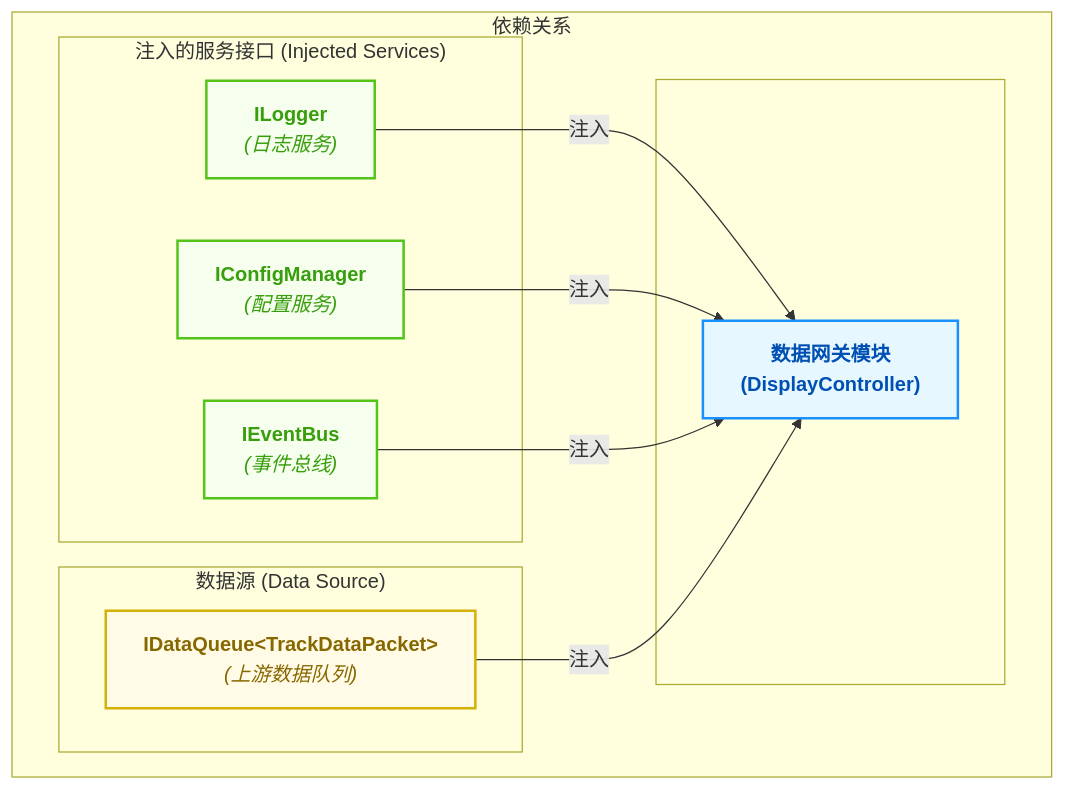
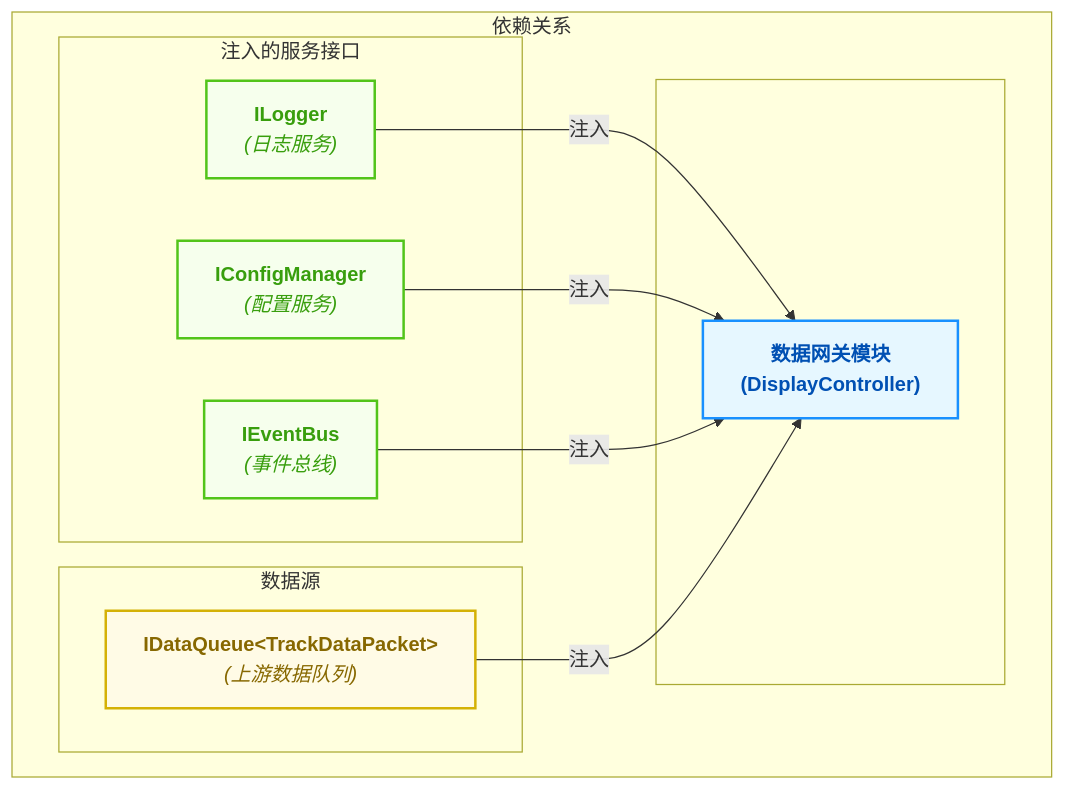
One commit to wendizhou99-cell/Radar changed the fifth of 5 diagrams in docs/01_项目设计/02_模块设计/04_数据网关模块设计.md. Above: the diagram before and after it, drawn with Mermaid. The commit also changed other lines of this file and 8 other files, not shown here.

````diff
--- a/docs/01_项目设计/02_模块设计/04_数据网关模块设计.md
+++ b/docs/01_项目设计/02_模块设计/04_数据网关模块设计.md
@@ -470,33 +471,33 @@
 ```mermaid
 graph TD
     subgraph "依赖关系"
         direction LR
 
-        subgraph "注入的服务接口 (Injected Services)"
+        subgraph "注入的服务接口"
             A["<b>ILogger</b><br/><i>(日志服务)</i>"]
             B["<b>IConfigManager</b><br/><i>(配置服务)</i>"]
             C["<b>IEventBus</b><br/><i>(事件总线)</i>"]
         end
 
-        subgraph "数据源 (Data Source)"
+        subgraph "数据源"
             D["<b>IDataQueue&lt;TrackDataPacket&gt;</b><br/><i>(上游数据队列)</i>"]
         end
 
         subgraph " "
             M["<b>数据网关模块<br/>(DisplayController)</b>"]
         end
     end
 
     A -- "注入" --> M
     B -- "注入" --> M
     C -- "注入" --> M
     D -- "注入" --> M
 
     classDef service fill:#f6ffed,stroke:#52c41a,stroke-width:2px,color:#389e0d
     classDef data fill:#fffbe6,stroke:#d4b106,stroke-width:2px,color:#876800
     classDef module fill:#e6f7ff,stroke:#1890ff,stroke-width:2px,color:#0050b3
 
     class A,B,C service
     class D data
     class M module
 ```
````
